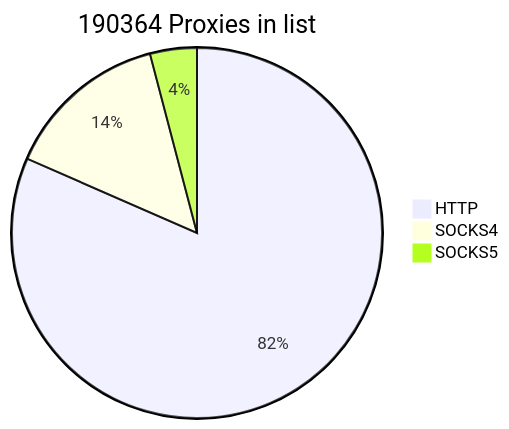
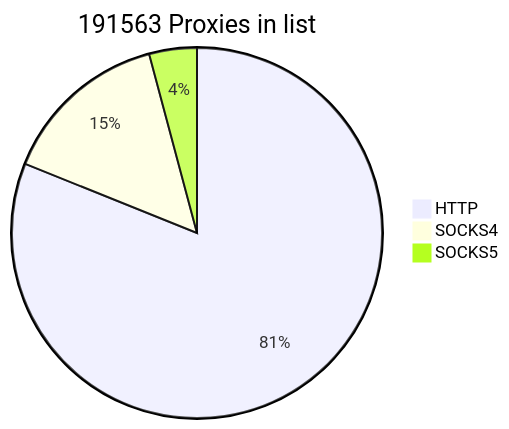
The first of 2 diagrams in README.md (cutipu/proxylist), drawn with Mermaid before and after one commit. The commit also changed other lines of this file, not shown here.

````diff
--- a/README.md
+++ b/README.md
@@ -2,7 +2,7 @@
 ```mermaid
-pie title 190364 Proxies in list
-    "HTTP" : 155269
-    "SOCKS4" : 27314
-    "SOCKS5" : 7781
+pie title 191563 Proxies in list
+    "HTTP" : 155335
+    "SOCKS4" : 28260
+    "SOCKS5" : 7968
             
 ```
````
